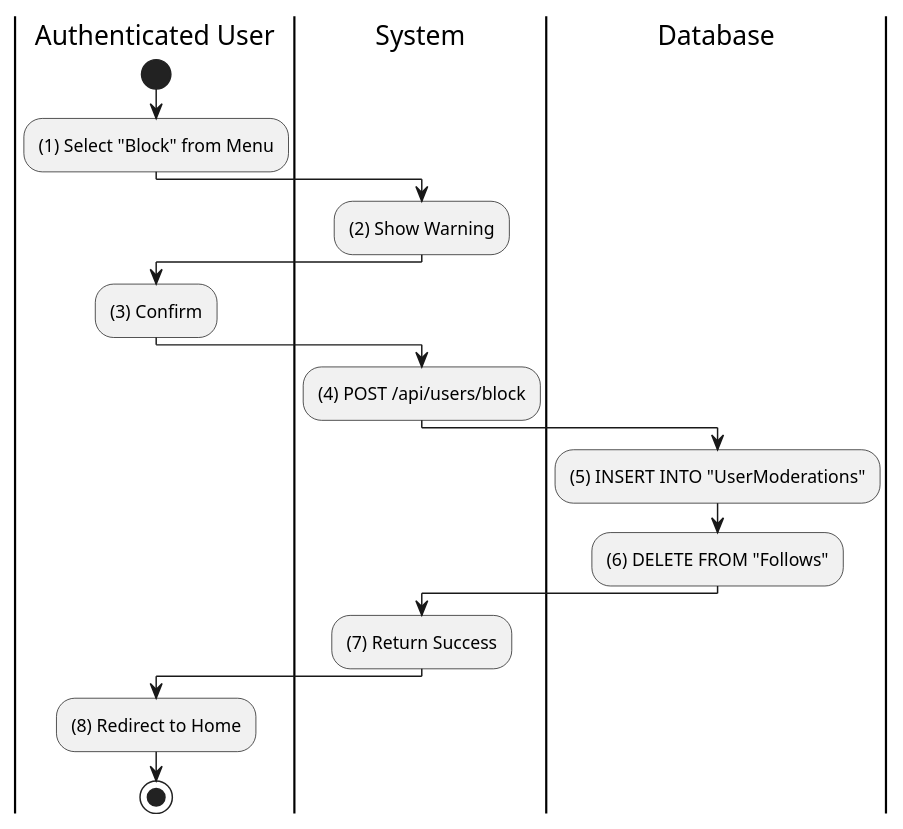
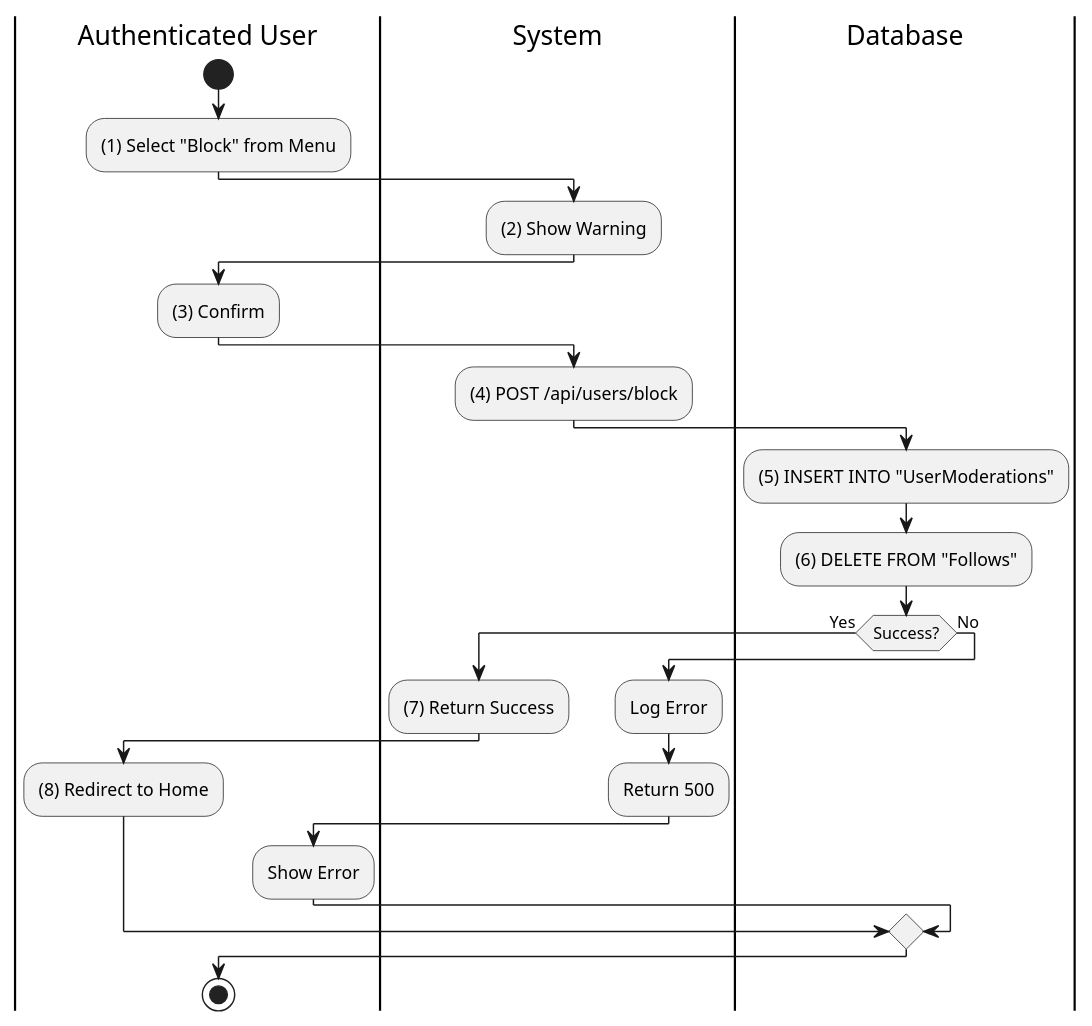
One commit to I-Love-U-3000/Favi-BE changed the ninth of 14 diagrams in UC_2.1.6_Adjust_Friend.md. Above: the diagram before and after it, drawn with PlantUML. The commit also changed other lines of this file and 4 other files, not shown here.

````diff
--- a/UC_2.1.6_Adjust_Friend.md
+++ b/UC_2.1.6_Adjust_Friend.md
@@ -422,21 +450,29 @@
 ```plantuml
 @startuml
 |Authenticated User|
 start
 :(1) Select "Block" from Menu;
 |System|
 :(2) Show Warning;
 |Authenticated User|
 :(3) Confirm;
 |System|
 :(4) POST /api/users/block;
 |Database|
 :(5) INSERT INTO "UserModerations";
 :(6) DELETE FROM "Follows";
-|System|
-:(7) Return Success;
-|Authenticated User|
-:(8) Redirect to Home;
+if (Success?) then (Yes)
+  |System|
+  :(7) Return Success;
+  |Authenticated User|
+  :(8) Redirect to Home;
+else (No)
+  |System|
+  :Log Error;
+  :Return 500;
+  |Authenticated User|
+  :Show Error;
+endif
 stop
 @enduml
 ```
````
